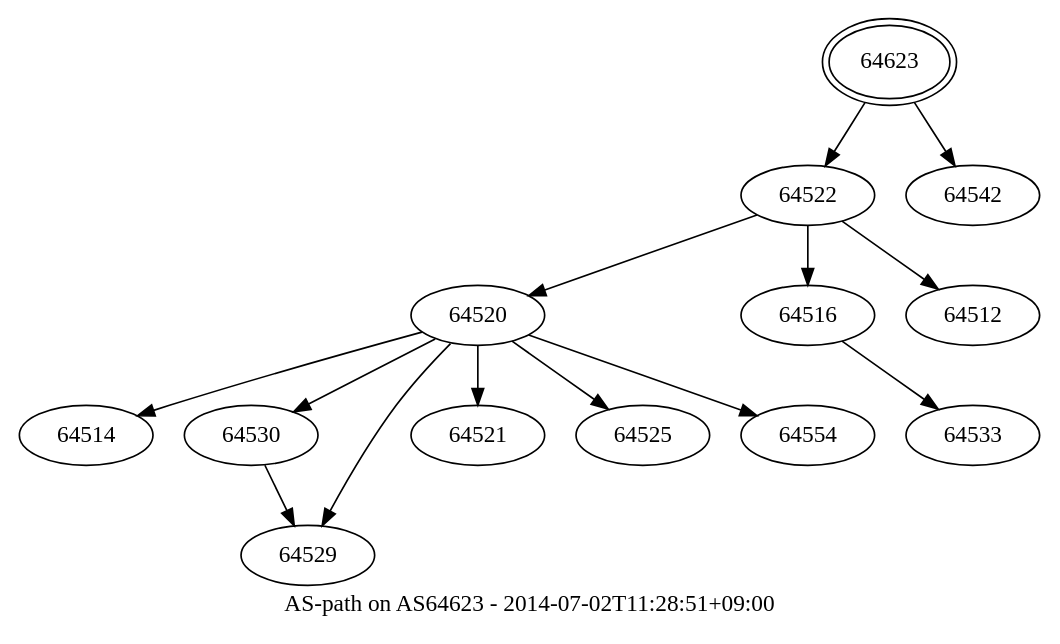
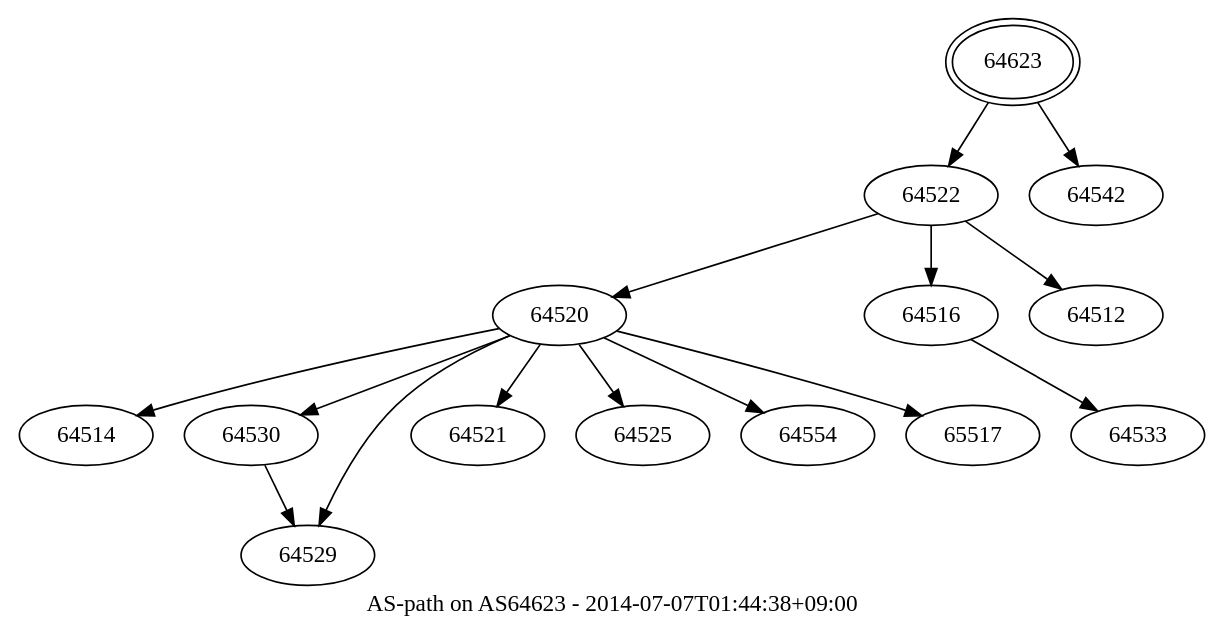
One commit to Flast/flast.github.io changed the diagram in aspath/as64623.gv. Above: the diagram before and after it, drawn with Graphviz. The commit also changed 1 other file, not shown here.

```diff
--- a/aspath/as64623.gv
+++ b/aspath/as64623.gv
@@ -1,76 +1,81 @@
 digraph aspath {
-	graph [bb="0,0,516,355",
+	graph [bb="0,0,599,355",
 		center="",
-		label="AS-path on AS64623 - 2014-07-02T11:28:51+09:00",
+		label="AS-path on AS64623 - 2014-07-07T01:44:38+09:00",
 		lheight=0.21,
-		lp="258,11.5",
+		lp="299.5,11.5",
 		lwidth=4.00
 	];
 	node [label="\N"];
 	64623	 [height=0.61111,
 		label=64623,
 		peripheries=2,
-		pos="442,333",
+		pos="524,333",
 		width=1.0069];
 	64522	 [height=0.5,
 		label=64522,
-		pos="401,257",
+		pos="483,257",
 		width=0.89579];
-	64623 -> 64522	 [pos="e,410.25,274.7 430.8,311.78 425.96,303.05 420.25,292.74 415.12,283.49"];
+	64623 -> 64522	 [pos="e,492.25,274.7 512.8,311.78 507.96,303.05 502.25,292.74 497.12,283.49"];
 	64542	 [height=0.5,
 		label=64542,
-		pos="484,257",
+		pos="566,257",
 		width=0.89579];
-	64623 -> 64542	 [pos="e,474.52,274.7 453.48,311.78 458.43,303.05 464.28,292.74 469.53,283.49"];
+	64623 -> 64542	 [pos="e,556.52,274.7 535.48,311.78 540.43,303.05 546.28,292.74 551.53,283.49"];
 	64520	 [height=0.5,
 		label=64520,
-		pos="235,185",
+		pos="276,185",
 		width=0.89579];
-	64522 -> 64520	 [pos="e,260.02,196.55 376.15,245.52 347.79,233.56 301.22,213.93 269.39,200.5"];
+	64522 -> 64520	 [pos="e,303.07,195.15 455.94,246.85 419.29,234.46 353.75,212.29 312.69,198.41"];
 	64516	 [height=0.5,
 		label=64516,
-		pos="401,185",
+		pos="483,185",
 		width=0.89579];
-	64522 -> 64516	 [pos="e,401,203.1 401,238.7 401,230.98 401,221.71 401,213.11"];
+	64522 -> 64516	 [pos="e,483,203.1 483,238.7 483,230.98 483,221.71 483,213.11"];
 	64512	 [height=0.5,
 		label=64512,
-		pos="484,185",
+		pos="566,185",
 		width=0.89579];
-	64522 -> 64512	 [pos="e,466.82,200.49 418.2,241.5 429.99,231.55 445.84,218.19 459.02,207.07"];
+	64522 -> 64512	 [pos="e,548.82,200.49 500.2,241.5 511.99,231.55 527.84,218.19 541.02,207.07"];
 	64514	 [height=0.5,
 		label=64514,
 		pos="32,113",
 		width=0.89579];
-	64520 -> 64514	 [pos="e,57.213,124.52 207.46,175.55 175.25,165.52 120.42,148.01 74,131 71.609,130.12 69.151,129.2 66.681,128.25"];
+	64520 -> 64514	 [pos="e,56.678,124.6 246.55,177.52 206.91,168.52 134.39,151.05 74,131 71.429,130.15 68.79,129.21 66.147,128.24"];
 	64530	 [height=0.5,
 		label=64530,
 		pos="115,113",
 		width=0.89579];
-	64520 -> 64530	 [pos="e,136.67,126.64 213.55,171.49 194.55,160.41 166.62,144.11 145.34,131.7"];
+	64520 -> 64530	 [pos="e,139.57,124.68 251.2,173.22 223.82,161.31 179.58,142.08 148.98,128.77"];
 	64529	 [height=0.5,
 		label=64529,
 		pos="145,41",
 		width=0.89579];
-	64520 -> 64529	 [pos="e,153.12,58.519 221.77,168.24 213.39,157.94 202.55,144.03 194,131 180.53,110.47 167.21,85.949 157.88,67.849"];
+	64520 -> 64529	 [pos="e,151.37,58.978 252.2,172.7 234.51,163.4 210.64,148.86 194,131 176.9,112.65 163.68,87.221 155.3,68.243"];
 	64521	 [height=0.5,
 		label=64521,
 		pos="235,113",
 		width=0.89579];
-	64520 -> 64521	 [pos="e,235,131.1 235,166.7 235,158.98 235,149.71 235,141.11"];
+	64520 -> 64521	 [pos="e,244.74,130.63 266.49,167.76 261.54,159.32 255.38,148.8 249.83,139.31"];
 	64525	 [height=0.5,
 		label=64525,
 		pos="318,113",
 		width=0.89579];
-	64520 -> 64525	 [pos="e,300.82,128.49 252.2,169.5 263.99,159.55 279.84,146.19 293.02,135.07"];
+	64520 -> 64525	 [pos="e,308.02,130.63 285.74,167.76 290.81,159.32 297.12,148.8 302.81,139.31"];
 	64554	 [height=0.5,
 		label=64554,
 		pos="401,113",
 		width=0.89579];
-	64520 -> 64554	 [pos="e,375.98,124.55 259.85,173.52 288.21,161.56 334.78,141.93 366.61,128.5"];
+	64520 -> 64554	 [pos="e,378.74,126.47 298.06,171.65 318.02,160.47 347.62,143.89 369.96,131.38"];
+	65517	 [height=0.5,
+		label=65517,
+		pos="484,113",
+		width=0.89579];
+	64520 -> 65517	 [pos="e,458.8,124.56 303.83,175.82 336.97,165.91 393.92,148.38 442,131 444.4,130.13 446.86,129.22 449.33,128.27"];
 	64530 -> 64529	 [pos="e,137.73,58.956 122.11,95.411 125.57,87.335 129.82,77.431 133.71,68.355"];
 	64533	 [height=0.5,
 		label=64533,
-		pos="484,113",
+		pos="567,113",
 		width=0.89579];
-	64516 -> 64533	 [pos="e,466.82,128.49 418.2,169.5 429.99,159.55 445.84,146.19 459.02,135.07"];
+	64516 -> 64533	 [pos="e,549.62,128.49 500.4,169.5 512.34,159.55 528.38,146.19 541.72,135.07"];
 }
```
